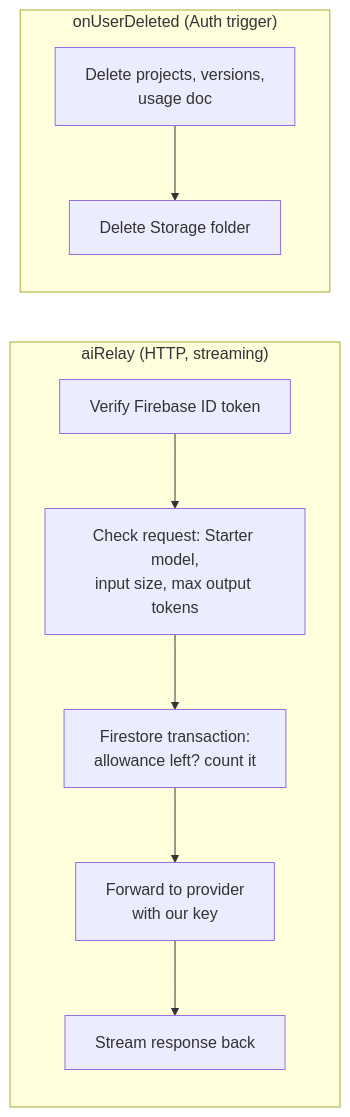
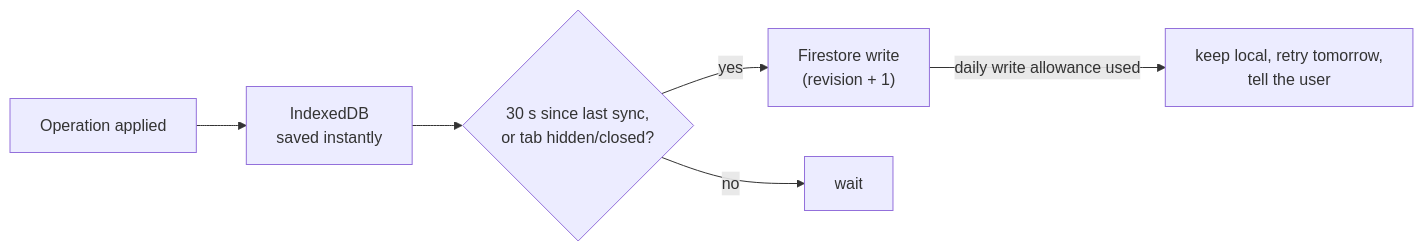
One commit to iamsanuponnulli-hue/PORTFOLIO-BUILDER changed the third of 17 diagrams in docs/ARCHITECTURE.md. Above: the diagram before and after it, drawn with Mermaid. The commit also changed other lines of this file and 38 other files, not shown here.

````diff
--- a/docs/ARCHITECTURE.md
+++ b/docs/ARCHITECTURE.md
@@ -159,12 +152,8 @@
 ```mermaid
 flowchart LR
-  subgraph relay["aiRelay (HTTP, streaming)"]
-    A1["Verify Firebase ID token"] --> A2["Check request: Starter model,<br/>input size, max output tokens"]
-    A2 --> A3["Firestore transaction:<br/>allowance left? count it"]
-    A3 --> A4["Forward to provider<br/>with our key"]
-    A4 --> A5["Stream response back"]
-  end
-  subgraph del["onUserDeleted (Auth trigger)"]
-    D1["Delete projects, versions,<br/>usage doc"] --> D2["Delete Storage folder"]
-  end
+  OP["Operation applied"] --> IDB["IndexedDB<br/>saved instantly"]
+  IDB --> T{"30 s since last sync,<br/>or tab hidden/closed?"}
+  T -- yes --> FS["Firestore write<br/>(revision + 1)"]
+  T -- no --> W["wait"]
+  FS -- "daily write allowance used" --> Q["keep local, retry tomorrow,<br/>tell the user"]
 ```
````
